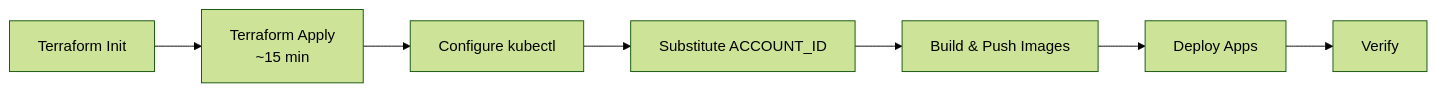
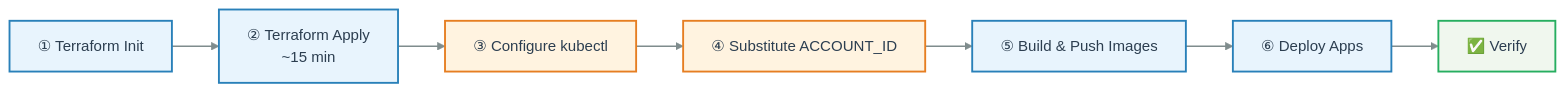
One commit to DKT-AI/gateway-api-migration-demo changed the first of 3 diagrams in docs/labs/lab-00-setup.md. Above: the diagram before and after it, drawn with Mermaid (forest theme). The commit also changed other lines of this file and 4 other files, not shown here.

First line of the commit message:
Style all mermaid diagrams with ocean palette for GitHub

````diff
--- a/docs/labs/lab-00-setup.md
+++ b/docs/labs/lab-00-setup.md
@@ -7,9 +7,19 @@
 ```mermaid
-graph LR
-    A[Terraform Init] --> B[Terraform Apply<br/>~15 min]
-    B --> C[Configure kubectl]
-    C --> D[Substitute ACCOUNT_ID]
-    D --> E[Build & Push Images]
-    E --> F[Deploy Apps]
-    F --> G[Verify]
+flowchart LR
+    A["① Terraform Init"] --> B["② Terraform Apply<br/>~15 min"]
+    B --> C["③ Configure kubectl"]
+    C --> D["④ Substitute ACCOUNT_ID"]
+    D --> E["⑤ Build & Push Images"]
+    E --> F["⑥ Deploy Apps"]
+    F --> G["✅ Verify"]
+
+    classDef primary fill:#E8F4FD,stroke:#2980B9,stroke-width:2px,color:#2C3E50
+    classDef secondary fill:#F0F7EE,stroke:#27AE60,stroke-width:2px,color:#2C3E50
+    classDef accent fill:#FFF3E0,stroke:#E67E22,stroke-width:2px,color:#2C3E50
+    linkStyle default stroke:#7F8C8D,stroke-width:1.5px
+
+    class A,B primary
+    class C,D accent
+    class E,F primary
+    class G secondary
 ```
````
